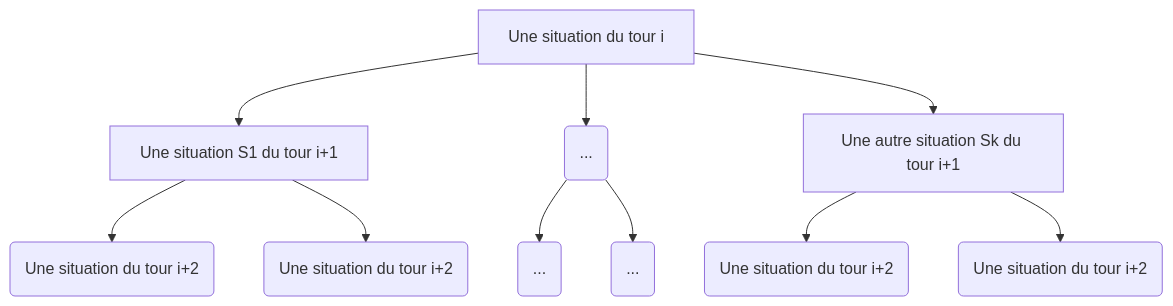
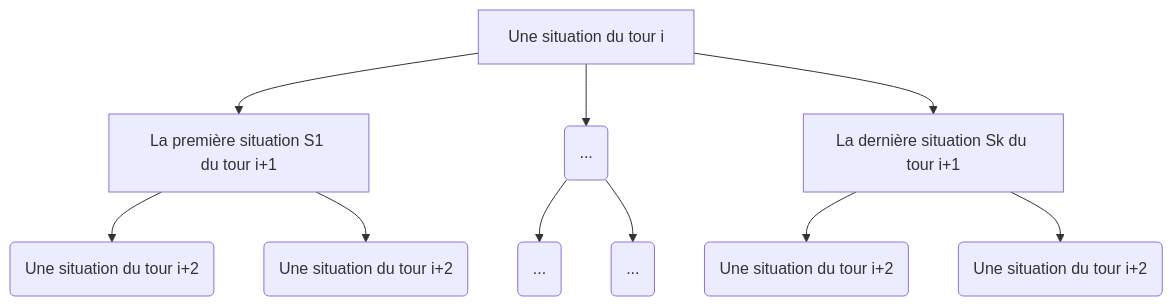
The diagram in nombreCoups.md (Dovalek/TIPE), drawn with Mermaid before and after one commit.

````diff
--- a/nombreCoups.md
+++ b/nombreCoups.md
@@ -52,13 +52,13 @@
 ```mermaid
 graph TD
 A[Une situation du tour i]
-A-->B[Une situation S1 du tour i+1]
+A-->B[La première situation S1 du tour i+1]
 A-->C(...)
 C-->E(...)
 C-->Z(...)
-A-->D[Une autre situation Sk du tour i+1]
+A-->D[La dernière situation Sk du tour i+1]
 D-->F(Une situation du tour i+2)
 D-->G(Une situation du tour i+2)
 B-->H(Une situation du tour i+2)
 B-->K(Une situation du tour i+2)
 ```
````
